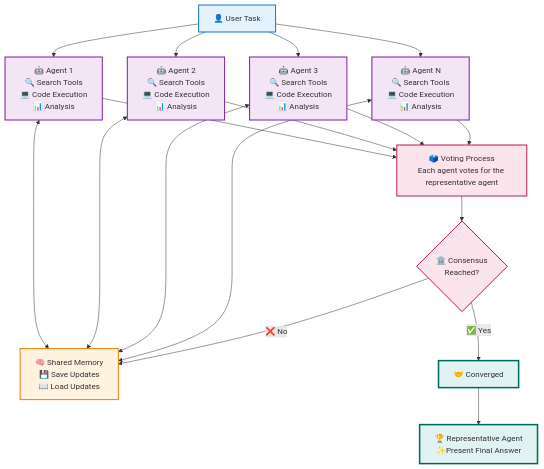
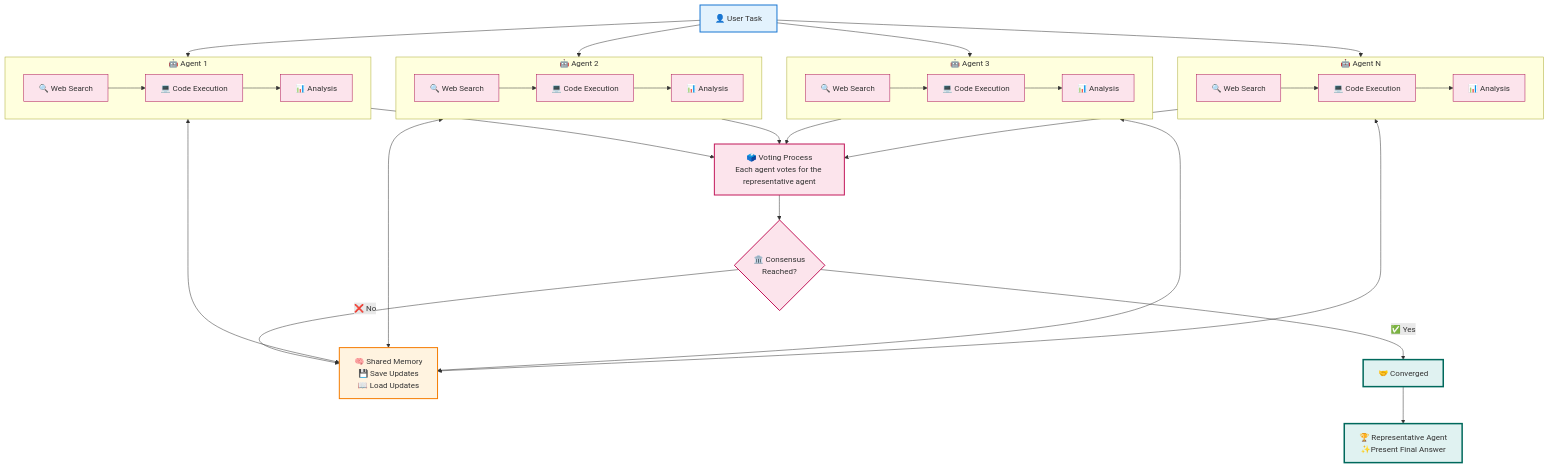
One commit to qidanrui/MassGen changed the diagram in README.md. Above: the diagram before and after it, drawn with Mermaid.

````diff
--- a/README.md
+++ b/README.md
@@ -42,47 +42,90 @@
 ```mermaid
 graph TB
-    %% User Input directly to Multiple Agents
-    U[👤 User Task] --> A1[🤖 Agent 1<br/>🔍 Search Tools<br/>💻 Code Execution<br/>📊 Analysis]
-    U --> A2[🤖 Agent 2<br/>🔍 Search Tools<br/>💻 Code Execution<br/>📊 Analysis]
-    U --> A3[🤖 Agent 3<br/>🔍 Search Tools<br/>💻 Code Execution<br/>📊 Analysis]
-    U --> AN[🤖 Agent N<br/>🔍 Search Tools<br/>💻 Code Execution<br/>📊 Analysis]
+    %% User Input
+    U[👤 User Task]
+    
+    %% Agent 1 Sequential Block
+    subgraph A1_Block [🤖 Agent 1]
+        A1_Search[🔍 Web Search]
+        A1_Code[💻 Code Execution]
+        A1_Analysis[📊 Analysis]
+        A1_Search --> A1_Code
+        A1_Code --> A1_Analysis
+    end
+    
+    %% Agent 2 Sequential Block  
+    subgraph A2_Block [🤖 Agent 2]
+        A2_Search[🔍 Web Search]
+        A2_Code[💻 Code Execution]
+        A2_Analysis[📊 Analysis]
+        A2_Search --> A2_Code
+        A2_Code --> A2_Analysis
+    end
+    
+    %% Agent 3 Sequential Block
+    subgraph A3_Block [🤖 Agent 3]
+        A3_Search[🔍 Web Search]
+        A3_Code[💻 Code Execution] 
+        A3_Analysis[📊 Analysis]
+        A3_Search --> A3_Code
+        A3_Code --> A3_Analysis
+    end
+    
+    %% Agent N Sequential Block
+    subgraph AN_Block [🤖 Agent N]
+        AN_Search[🔍 Web Search]
+        AN_Code[💻 Code Execution]
+        AN_Analysis[📊 Analysis]
+        AN_Search --> AN_Code
+        AN_Code --> AN_Analysis
+    end
+    
+    %% User task triggers all agents
+    U --> A1_Block
+    U --> A2_Block
+    U --> A3_Block
+    U --> AN_Block
     
     %% Shared Memory Hub
     SM[🧠 Shared Memory<br/>💾 Save Updates<br/>📖 Load Updates]
     
-    %% Agents interact with shared memory during task solving
-    A1 <--> SM
-    A2 <--> SM
-    A3 <--> SM
-    AN <--> SM
+    %% Agents interact with shared memory
+    A1_Block <--> SM
+    A2_Block <--> SM
+    A3_Block <--> SM
+    AN_Block <--> SM
     
-    %% Voting Process at bottom
-    A1 --> V[🗳️ Voting Process<br/>Each agent votes for the representative agent]
-    A2 --> V
-    A3 --> V
-    AN --> V
+    %% Voting Process
+    V[🗳️ Voting Process<br/>Each agent votes for the representative agent]
+    
+    %% Agents participate in voting
+    A1_Block --> V
+    A2_Block --> V
+    A3_Block --> V
+    AN_Block --> V
     
     %% Consensus Check
     V --> C{🏛️ Consensus<br/>Reached?}
     
-    %% No Consensus - back to work with shared memory
+    %% No Consensus - back to shared memory for more collaboration
     C -->|❌ No| SM
     
     %% Consensus Reached
     C -->|✅ Yes| R[🤝 Converged]
     
-    %% Final Answer
+    %% Final Answer by Representative Agent
     R --> F[🏆 Representative Agent<br/>✨Present Final Answer]
     
     %% Styling
     classDef userNode fill:#e3f2fd,stroke:#1976d2,stroke-width:2px
     classDef agentNode fill:#f3e5f5,stroke:#7b1fa2,stroke-width:2px
+    classDef agentSubNode fill:#fce4ec,stroke:#ad1457,stroke-width:1px
     classDef memoryNode fill:#fff3e0,stroke:#f57c00,stroke-width:2px
     classDef voteNode fill:#fce4ec,stroke:#c2185b,stroke-width:2px
     classDef finalNode fill:#e0f2f1,stroke:#00695c,stroke-width:3px
     
     class U userNode
-    class A1,A2,A3,AN agentNode
+    class A1_Search,A1_Code,A1_Analysis,A2_Search,A2_Code,A2_Analysis,A3_Search,A3_Code,A3_Analysis,AN_Search,AN_Code,AN_Analysis agentSubNode
     class SM memoryNode
     class V,C voteNode
     class R,F finalNode
````
